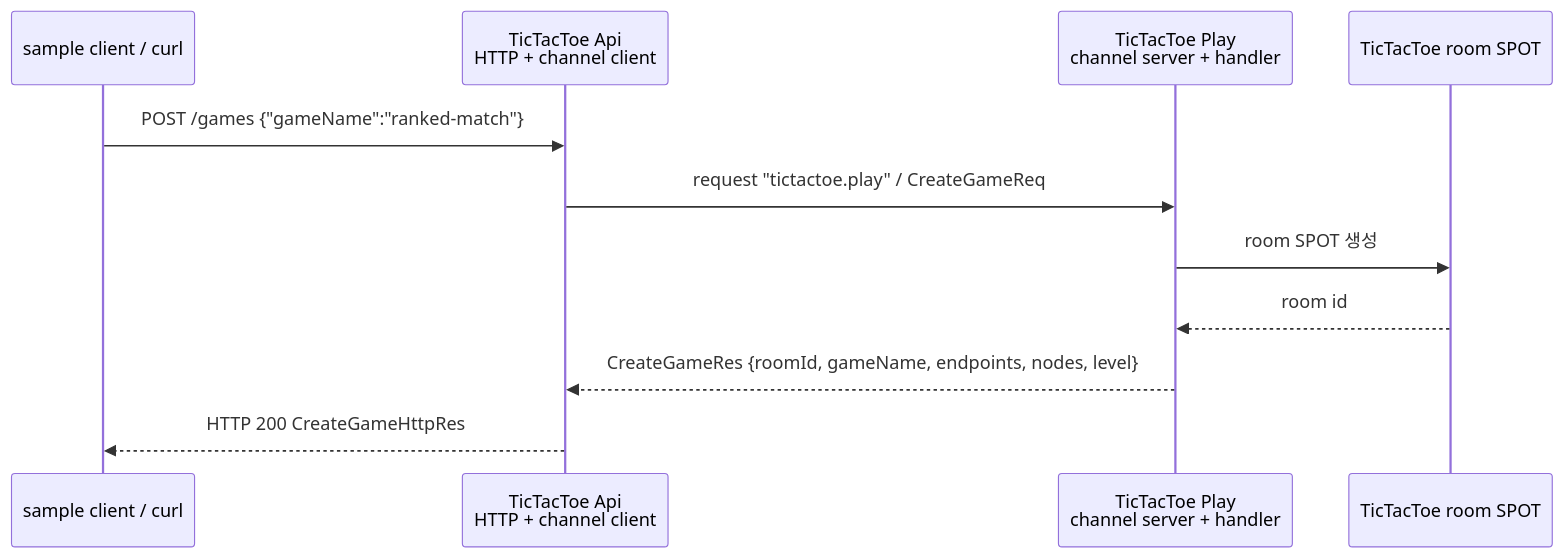
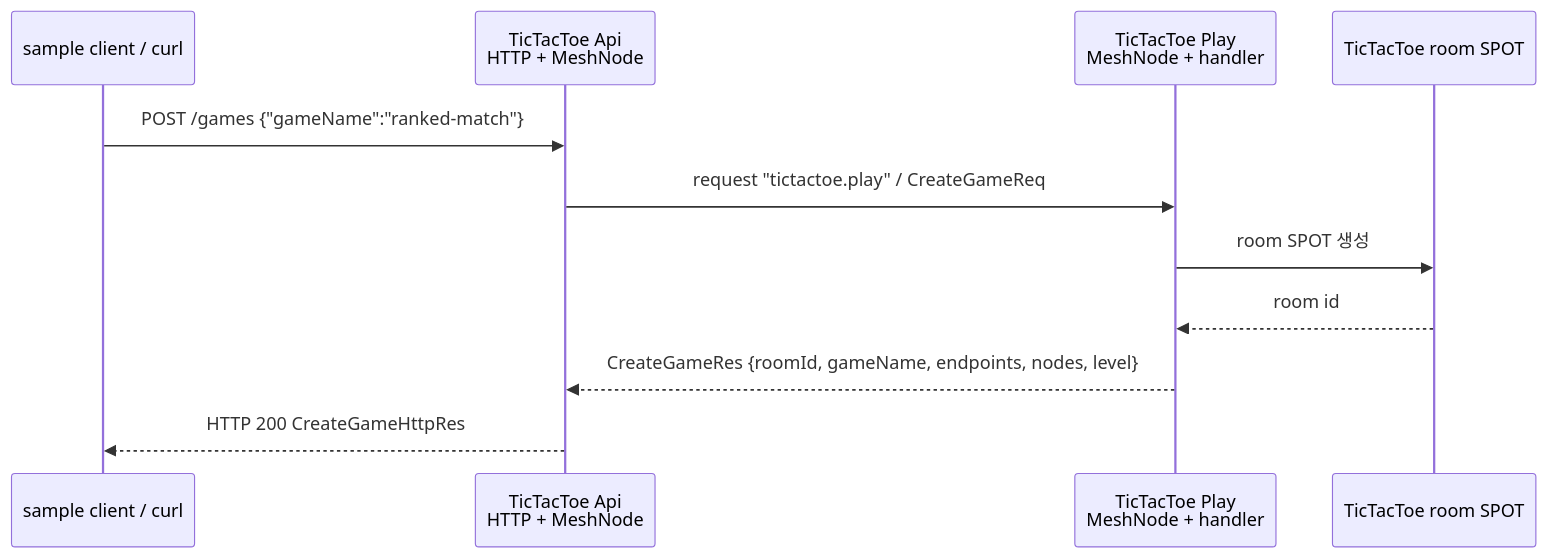
The diagram in framework/doc/framework/cpp/guide/02-getting-started.ko.md (kairos-code-dev/zlink), drawn with Mermaid before and after one commit. The commit also changed other lines of this file and 93 other files, not shown here.

````diff
--- a/framework/doc/framework/cpp/guide/02-getting-started.ko.md
+++ b/framework/doc/framework/cpp/guide/02-getting-started.ko.md
@@ -31,14 +31,14 @@
 ```mermaid
 sequenceDiagram
     participant Client as sample client / curl
-    participant Api as TicTacToe Api<br/>HTTP + channel client
-    participant Play as TicTacToe Play<br/>channel server + handler
+    participant Api as TicTacToe Api<br/>HTTP + MeshNode
+    participant Play as TicTacToe Play<br/>MeshNode + handler
     participant Spot as TicTacToe room SPOT
 
     Client->>Api: POST /games {"gameName":"ranked-match"}
     Api->>Play: request "tictactoe.play" / CreateGameReq
     Play->>Spot: room SPOT 생성
     Spot-->>Play: room id
     Play-->>Api: CreateGameRes {roomId, gameName, endpoints, nodes, level}
     Api-->>Client: HTTP 200 CreateGameHttpRes
 ```
````
